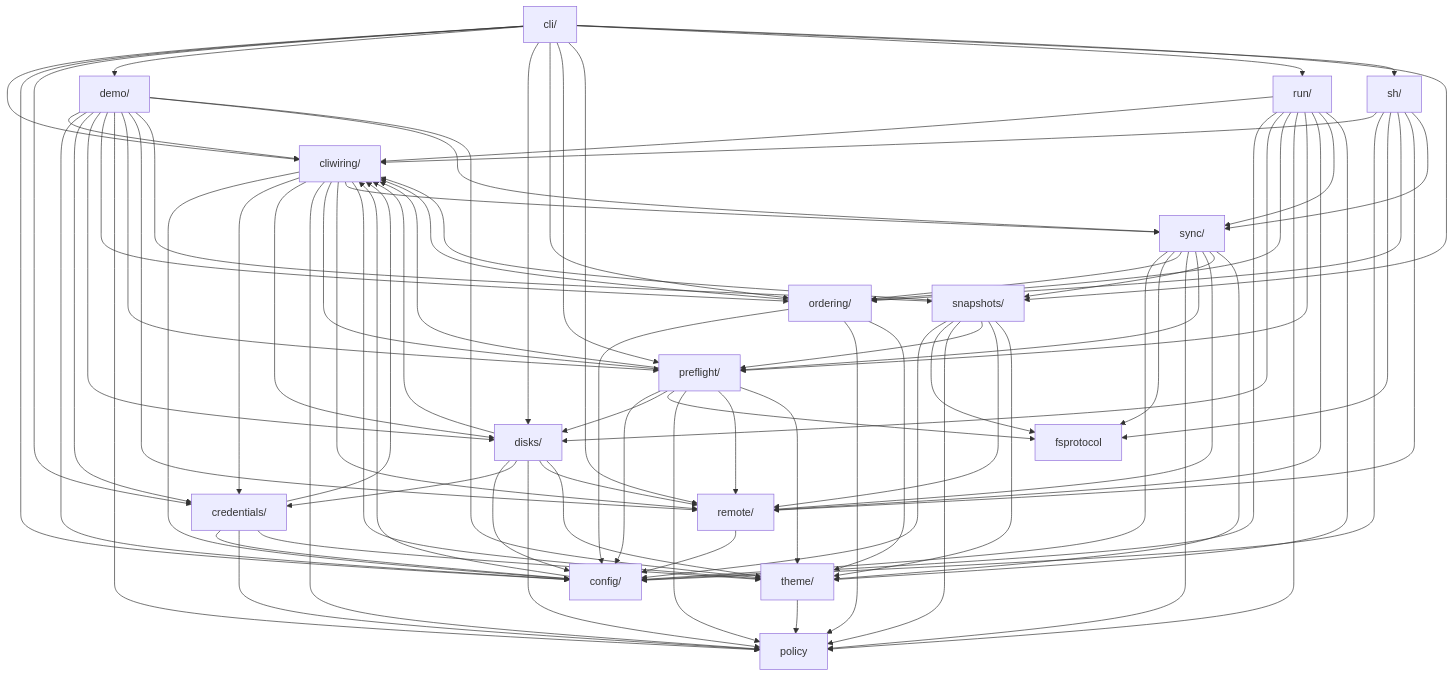
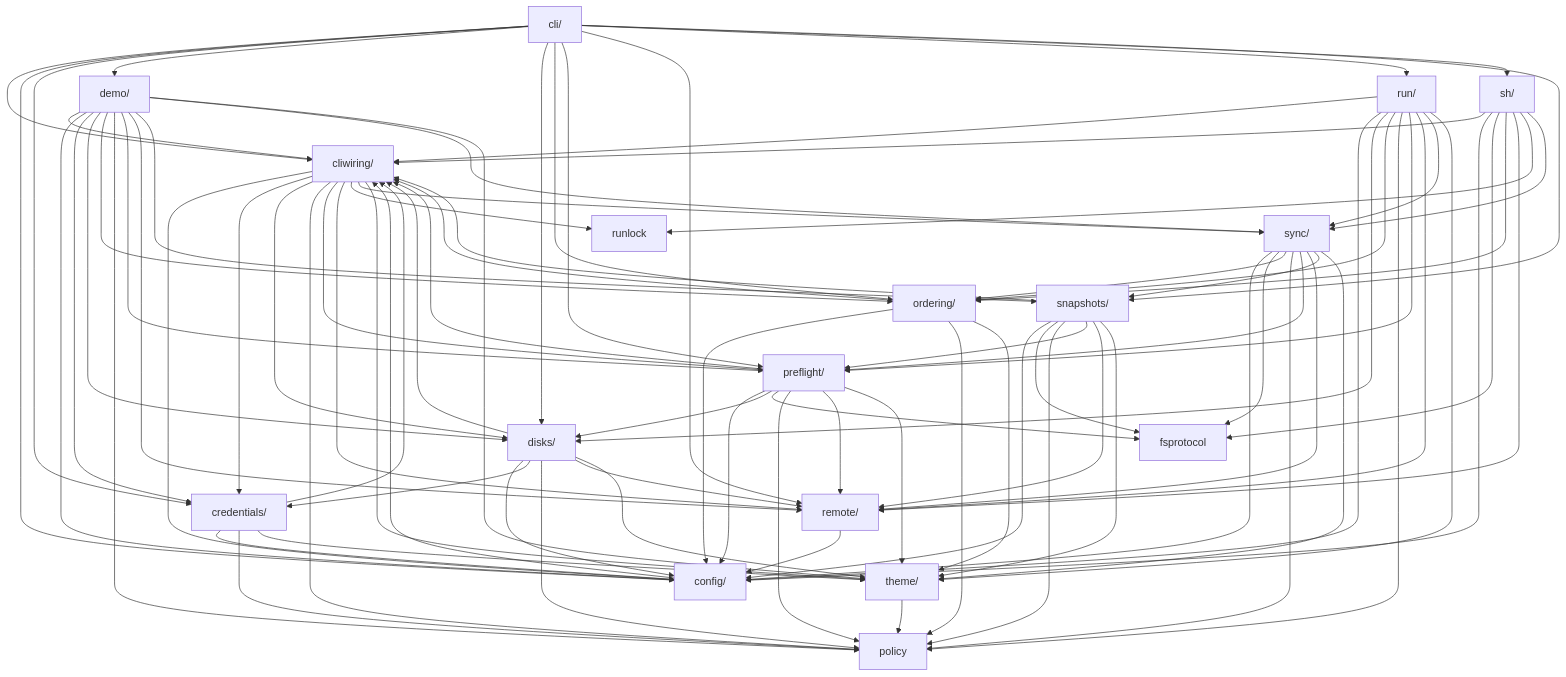
Before and after one commit to iglootools/nbkp: the diagram in docs/architecture.md, drawn with Mermaid. The commit also changed other lines of this file and 16 other files, not shown here.

```diff
--- a/docs/architecture.md
+++ b/docs/architecture.md
@@ -116,6 +116,7 @@
     preflight["preflight/"]
     remote["remote/"]
     run["run/"]
+    runlock["runlock"]
     sh["sh/"]
     snapshots["snapshots/"]
     sync["sync/"]
@@ -138,6 +139,7 @@
     cliwiring --> policy
     cliwiring --> preflight
     cliwiring --> remote
+    cliwiring --> runlock
     cliwiring --> sync
     cliwiring --> theme
     config --> cliwiring
@@ -188,6 +190,7 @@
     sh --> fsprotocol
     sh --> ordering
     sh --> remote
+    sh --> runlock
     sh --> sync
     snapshots --> cliwiring
     snapshots --> config
```
